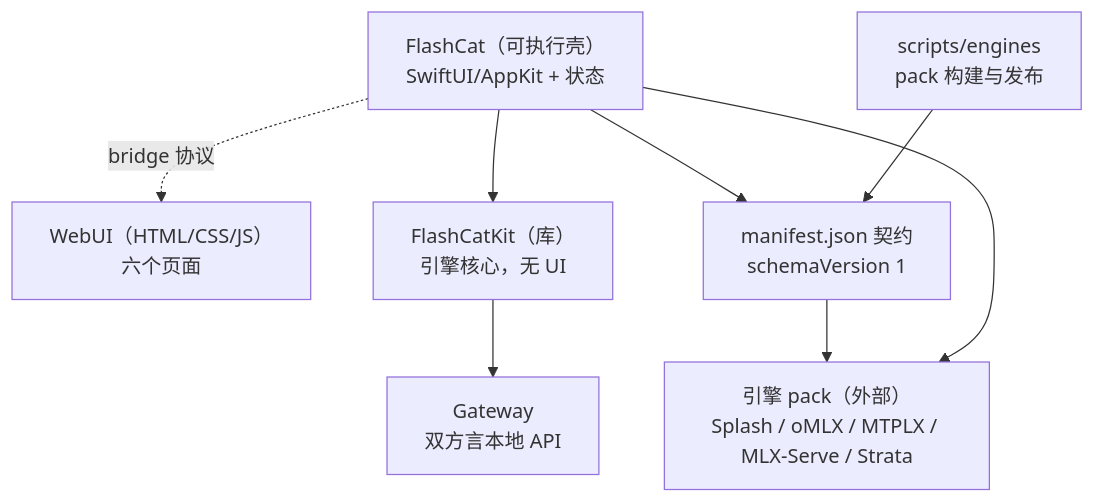
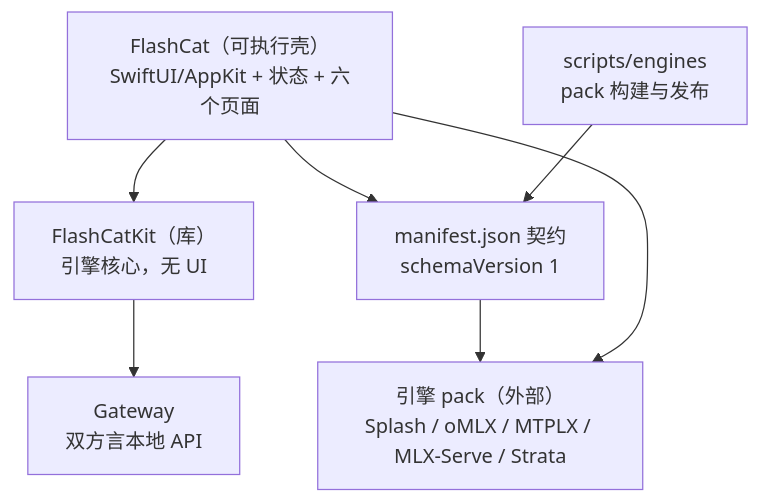
Before and after one commit to imi4u36d/flashCat: the diagram in architecture.md, drawn with Mermaid. The commit also changed other lines of this file and 73 other files, not shown here.

````diff
--- a/architecture.md
+++ b/architecture.md
@@ -16,18 +16,16 @@
 ```mermaid
 graph TD
-  App["FlashCat（可执行壳）<br/>SwiftUI/AppKit + 状态"]
-  Web["WebUI（HTML/CSS/JS）<br/>六个页面"]
+  App["FlashCat（可执行壳）<br/>SwiftUI/AppKit + 状态 + 六个页面"]
   Kit["FlashCatKit（库）<br/>引擎核心，无 UI"]
   GW["Gateway<br/>双方言本地 API"]
   Packs["scripts/engines<br/>pack 构建与发布"]
   Contract["manifest.json 契约<br/>schemaVersion 1"]
   Engine["引擎 pack（外部）<br/>Splash / oMLX / MTPLX / MLX-Serve / Strata"]
 
   App --> Kit
   Kit --> GW
-  App -. bridge 协议 .-> Web
   App --> Contract
   Packs --> Contract
   Contract --> Engine
   App --> Engine
 ```
````
